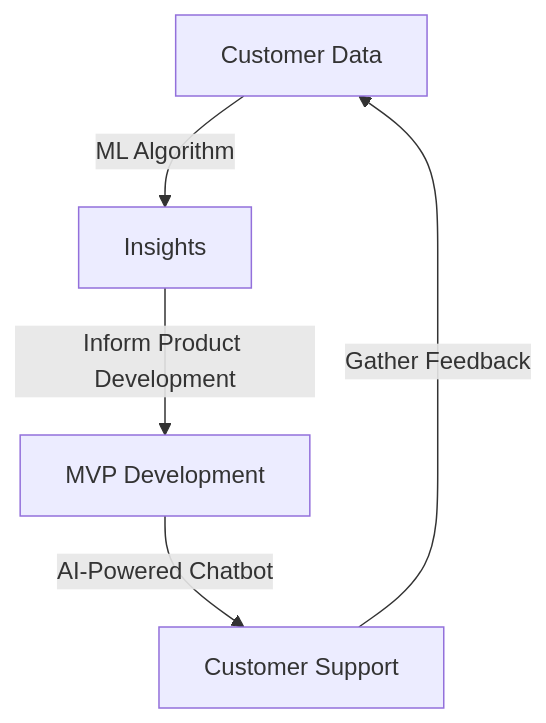
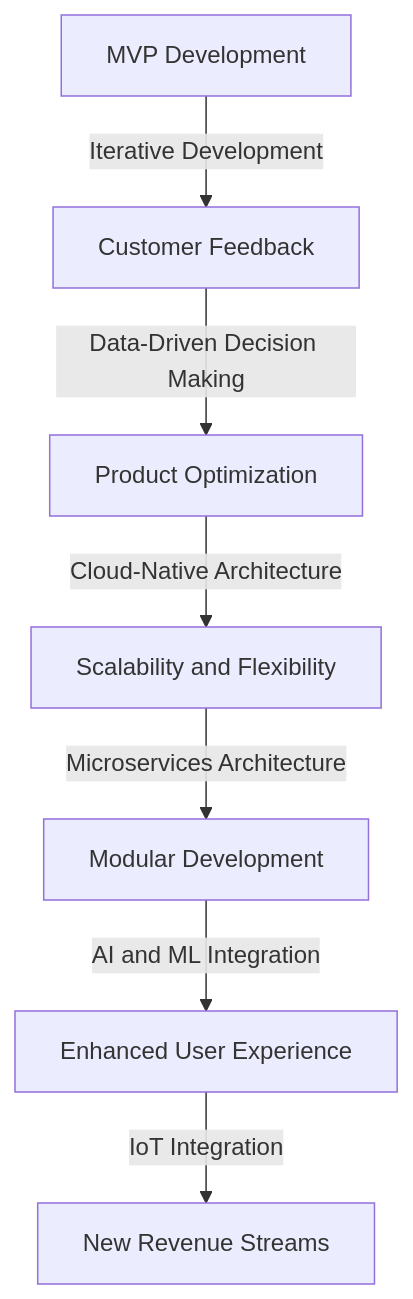
One commit to baaghinitesh/dailly-notes changed the diagram in docs/blogs/Why_Profitable_MVP_Development_is_Critical_for_Modern_Products_Part_2.md. Above: the diagram before and after it, drawn with Mermaid. The commit also changed other lines of this file and 5 other files, not shown here.

````diff
--- a/docs/blogs/Why_Profitable_MVP_Development_is_Critical_for_Modern_Products_Part_2.md
+++ b/docs/blogs/Why_Profitable_MVP_Development_is_Critical_for_Modern_Products_Part_2.md
@@ -36,7 +35,9 @@
 ```mermaid
 flowchart TD
-    A[Customer Data] -->|ML Algorithm| B[Insights]
-    B -->|Inform Product Development| C[MVP Development]
-    C -->|AI-Powered Chatbot| D[Customer Support]
-    D -->|Gather Feedback| A
+    A[MVP Development] -->|Iterative Development| B[Customer Feedback]
+    B -->|Data-Driven Decision Making| C[Product Optimization]
+    C -->|Cloud-Native Architecture| D[Scalability and Flexibility]
+    D -->|Microservices Architecture| E[Modular Development]
+    E -->|AI and ML Integration| F[Enhanced User Experience]
+    F -->|IoT Integration| G[New Revenue Streams]
 ```
````
